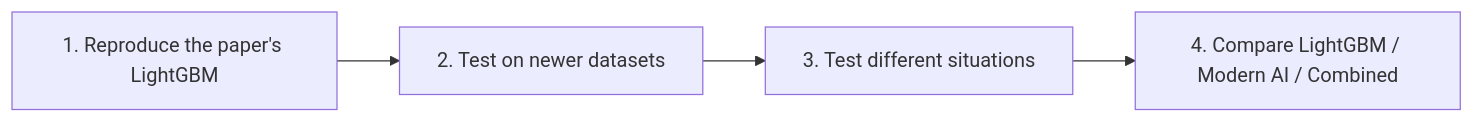
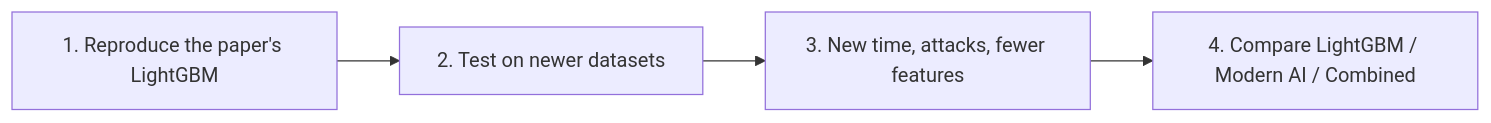
Before and after one commit to hotaro6754/hotaro6754: the second of 2 diagrams in beyond-100/Beyond_100_Speaker_Notes.md, drawn with Mermaid. The commit also changed other lines of this file and 3 other files, not shown here.

````diff
--- a/beyond-100/Beyond_100_Speaker_Notes.md
+++ b/beyond-100/Beyond_100_Speaker_Notes.md
@@ -199,6 +126,6 @@
 ```mermaid
 flowchart LR
   S1["1. Reproduce the paper's LightGBM"] --> S2["2. Test on newer datasets"]
-  S2 --> S3["3. Test different situations"]
+  S2 --> S3["3. New time, attacks, fewer features"]
   S3 --> S4["4. Compare LightGBM / Modern AI / Combined"]
 ```
````
